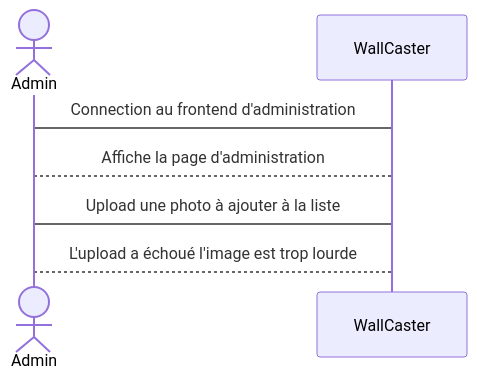
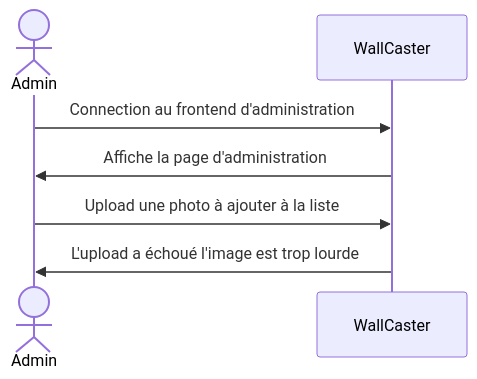
One commit to WallCaster/WallCaster changed the third of 16 diagrams in doc/analisis-report.md. Above: the diagram before and after it, drawn with Mermaid. The commit also changed other lines of this file, not shown here.

Commit message:
update diagrames séquence

````diff
--- a/doc/analisis-report.md
+++ b/doc/analisis-report.md
@@ -95,10 +95,10 @@
 ```mermaid
 sequenceDiagram
   actor Admin
   participant S as WallCaster
 
-Admin -> S : Connection au frontend d'administration
-S --> Admin : Affiche la page d'administration
-Admin -> S : Upload une photo à ajouter à la liste
-S --> Admin : L'upload a échoué l'image est trop lourde
+Admin ->> S : Connection au frontend d'administration
+S ->> Admin : Affiche la page d'administration
+Admin ->> S : Upload une photo à ajouter à la liste
+S ->> Admin : L'upload a échoué l'image est trop lourde
 ```
````
